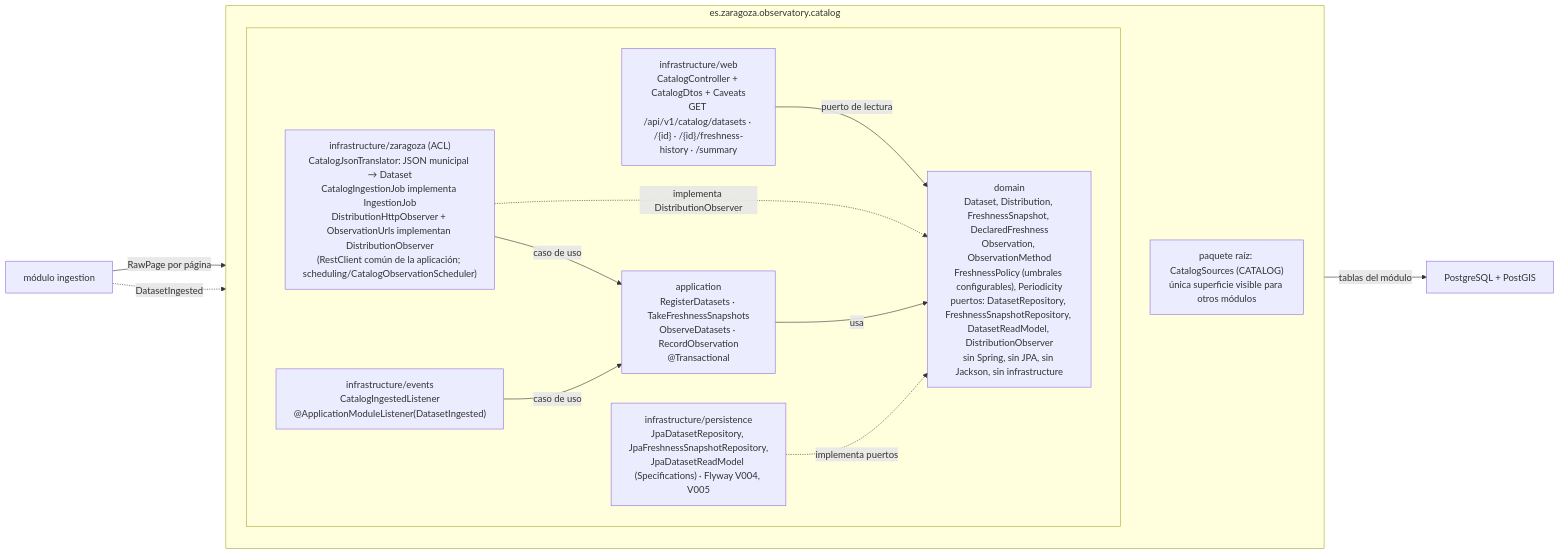
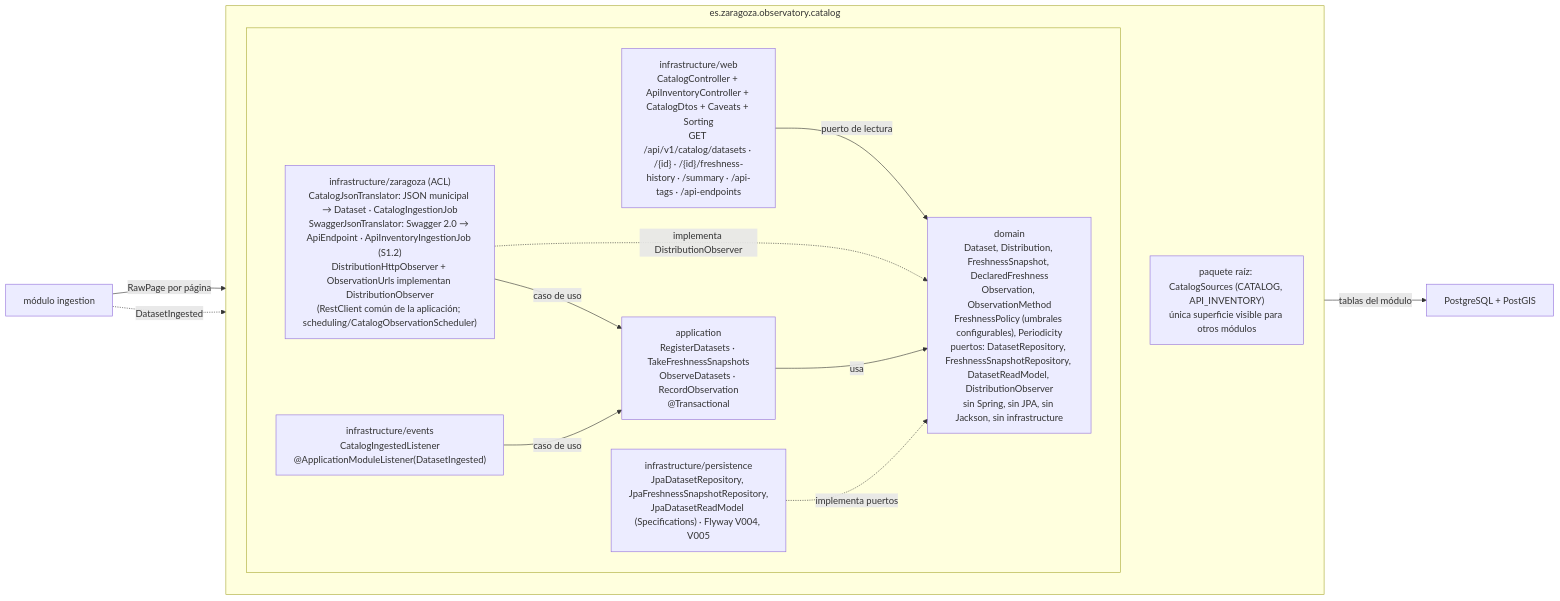
The third of 3 diagrams in docs/arquitectura.md (MarioNaya/zaragoza-observatorio), drawn with Mermaid before and after one commit. The commit also changed other lines of this file and 4 other files, not shown here.

First line of the commit message:
docs: ADR-006 (inventario de endpoints del Swagger), SPEC v0.7, CLAUDE regla 24, README y arquitectura

````diff
--- a/docs/arquitectura.md
+++ b/docs/arquitectura.md
@@ -99,24 +99,24 @@
 ```mermaid
 flowchart LR
   subgraph MOD["es.zaragoza.observatory.catalog"]
     direction TB
-    APIP["paquete raíz: CatalogSources (CATALOG)<br/>única superficie visible para otros módulos"]
+    APIP["paquete raíz: CatalogSources (CATALOG, API_INVENTORY)<br/>única superficie visible para otros módulos"]
     subgraph HEX[" "]
       direction LR
-      WEB["infrastructure/web<br/>CatalogController + CatalogDtos + Caveats<br/>GET /api/v1/catalog/datasets · /{id} · /{id}/freshness-history · /summary"]
+      WEB["infrastructure/web<br/>CatalogController + ApiInventoryController + CatalogDtos + Caveats + Sorting<br/>GET /api/v1/catalog/datasets · /{id} · /{id}/freshness-history · /summary · /api-tags · /api-endpoints"]
       APP["application<br/>RegisterDatasets · TakeFreshnessSnapshots<br/>ObserveDatasets · RecordObservation<br/>@Transactional"]
       DOMN["domain<br/>Dataset, Distribution, FreshnessSnapshot, DeclaredFreshness<br/>Observation, ObservationMethod<br/>FreshnessPolicy (umbrales configurables), Periodicity<br/>puertos: DatasetRepository, FreshnessSnapshotRepository, DatasetReadModel, DistributionObserver<br/>sin Spring, sin JPA, sin Jackson, sin infrastructure"]
-      ZGZ["infrastructure/zaragoza (ACL)<br/>CatalogJsonTranslator: JSON municipal → Dataset<br/>CatalogIngestionJob implementa IngestionJob<br/>DistributionHttpObserver + ObservationUrls implementan DistributionObserver<br/>(RestClient común de la aplicación; scheduling/CatalogObservationScheduler)"]
+      ZGZ["infrastructure/zaragoza (ACL)<br/>CatalogJsonTranslator: JSON municipal → Dataset · CatalogIngestionJob<br/>SwaggerJsonTranslator: Swagger 2.0 → ApiEndpoint · ApiInventoryIngestionJob (S1.2)<br/>DistributionHttpObserver + ObservationUrls implementan DistributionObserver<br/>(RestClient común de la aplicación; scheduling/CatalogObservationScheduler)"]
       EVT["infrastructure/events<br/>CatalogIngestedListener<br/>@ApplicationModuleListener(DatasetIngested)"]
       PER["infrastructure/persistence<br/>JpaDatasetRepository, JpaFreshnessSnapshotRepository,<br/>JpaDatasetReadModel (Specifications) · Flyway V004, V005"]
       WEB -- "puerto de lectura" --> DOMN
       ZGZ -- "caso de uso" --> APP
       ZGZ -. "implementa DistributionObserver" .-> DOMN
       EVT -- "caso de uso" --> APP -- "usa" --> DOMN
       PER -. "implementa puertos" .-> DOMN
     end
   end
   INGX["módulo ingestion"] -- "RawPage por página" --> ZGZ
   INGX -. "DatasetIngested" .-> EVT
   PER -- "tablas del módulo" --> PG["PostgreSQL + PostGIS"]
 ```
````
